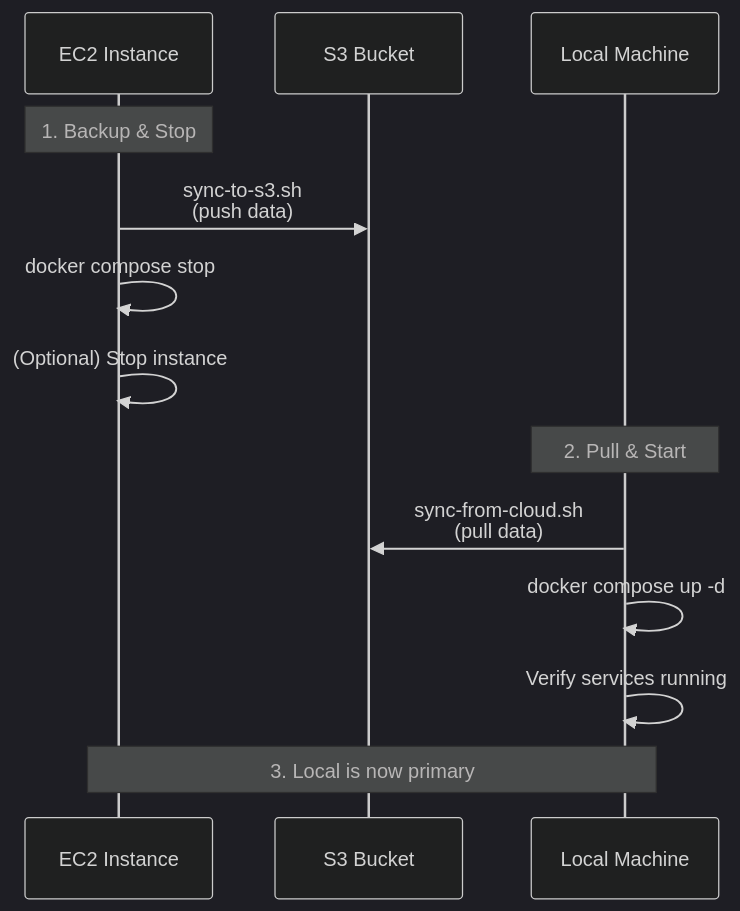
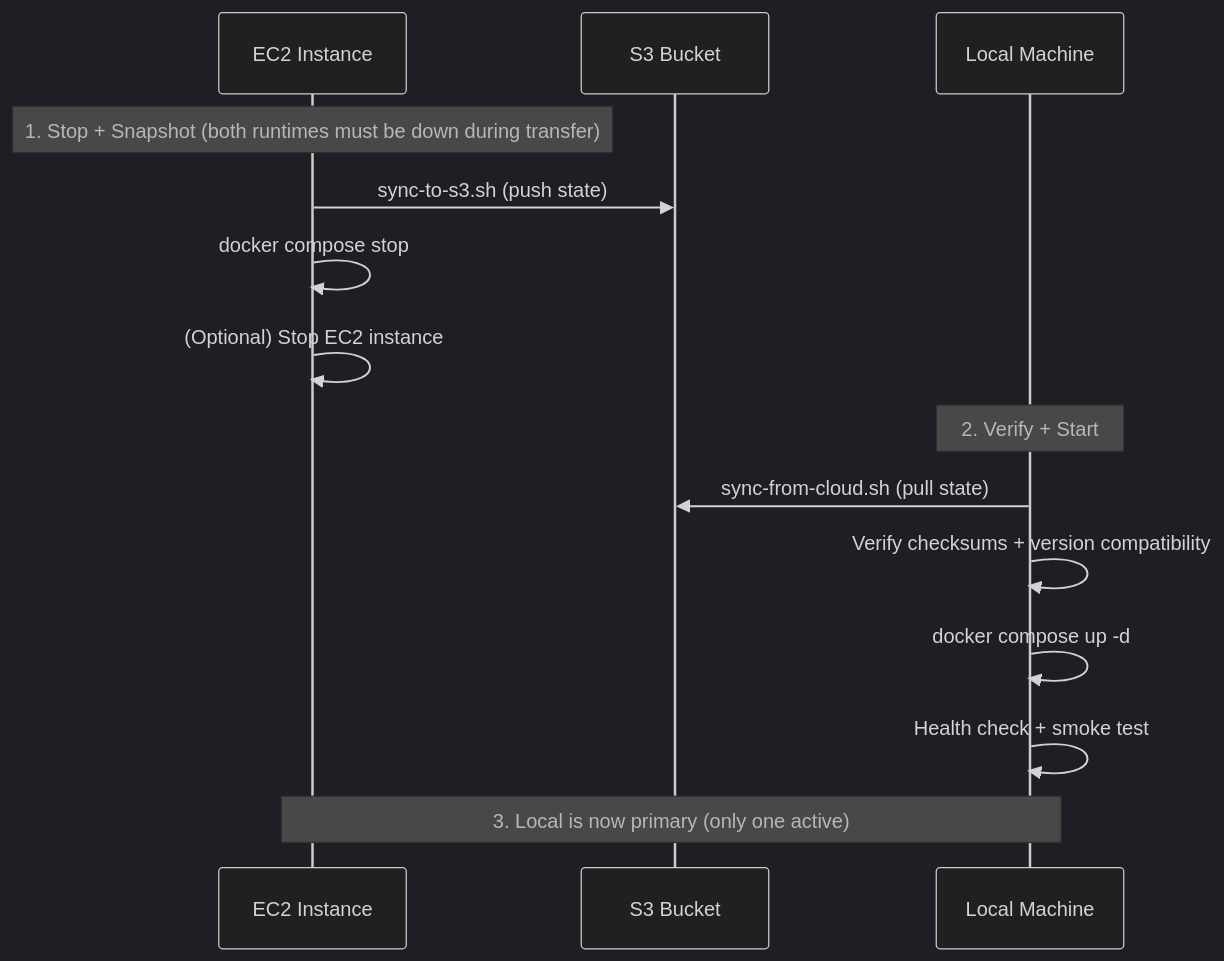
One commit to AbinashGupta/openclaw changed the fourth of 6 diagrams in OC-EXT-CLOUD-MIGRATION-PLAN.md. Above: the diagram before and after it, drawn with Mermaid (dark theme). The commit also changed other lines of this file and 2 other files, not shown here.

Commit message:
Docs: add cloud migration phases, first-deploy guide, and plan clarifications

````diff
--- a/OC-EXT-CLOUD-MIGRATION-PLAN.md
+++ b/OC-EXT-CLOUD-MIGRATION-PLAN.md
@@ -1961,18 +2104,19 @@
 ```mermaid
 sequenceDiagram
     participant EC2 as EC2 Instance
     participant S3 as S3 Bucket
     participant Local as Local Machine
     
-    Note over EC2: 1. Backup & Stop
-    EC2->>S3: sync-to-s3.sh<br/>(push data)
+    Note over EC2: 1. Stop + Snapshot (both runtimes must be down during transfer)
+    EC2->>S3: sync-to-s3.sh (push state)
     EC2->>EC2: docker compose stop
-    EC2->>EC2: (Optional) Stop instance
+    EC2->>EC2: (Optional) Stop EC2 instance
     
-    Note over Local: 2. Pull & Start
-    Local->>S3: sync-from-cloud.sh<br/>(pull data)
+    Note over Local: 2. Verify + Start
+    Local->>S3: sync-from-cloud.sh (pull state)
+    Local->>Local: Verify checksums + version compatibility
     Local->>Local: docker compose up -d
-    Local->>Local: Verify services running
+    Local->>Local: Health check + smoke test
     
-    Note over Local,EC2: 3. Local is now primary
+    Note over Local,EC2: 3. Local is now primary (only one active)
 ```
````
